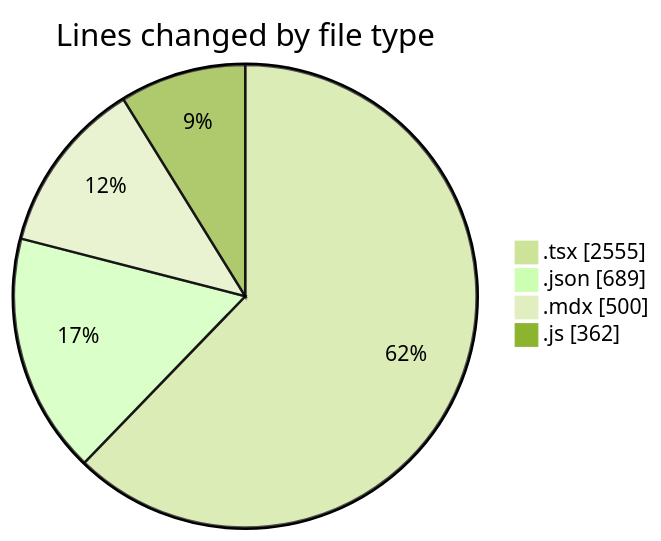
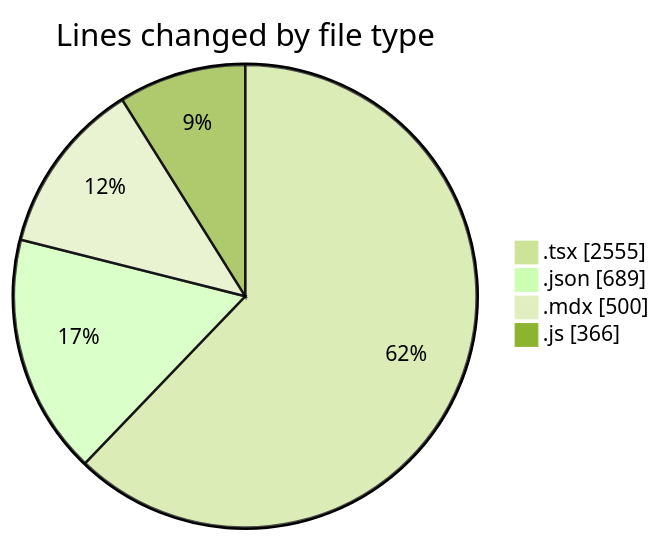
One commit to momahboobian/code-tracking changed the first of 2 diagrams in 2026-01-12/cda/README.md. Above: the diagram before and after it, drawn with Mermaid (forest theme). The commit also changed other lines of this file and 1 other file, not shown here.

````diff
--- a/2026-01-12/cda/README.md
+++ b/2026-01-12/cda/README.md
@@ -30,8 +30,8 @@
 ```mermaid
 pie showData
 title Lines changed by file type
 ".tsx" : 2555
 ".json" : 689
 ".mdx" : 500
-".js" : 362
+".js" : 366
 ```
````
